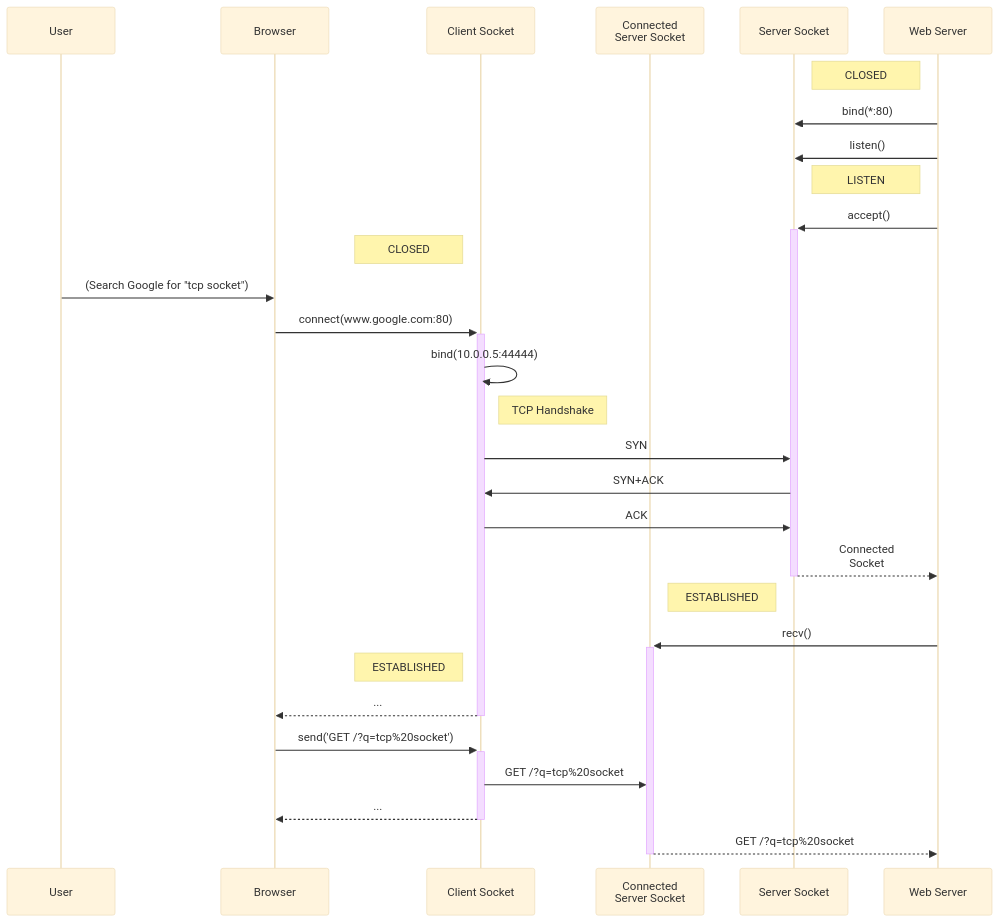
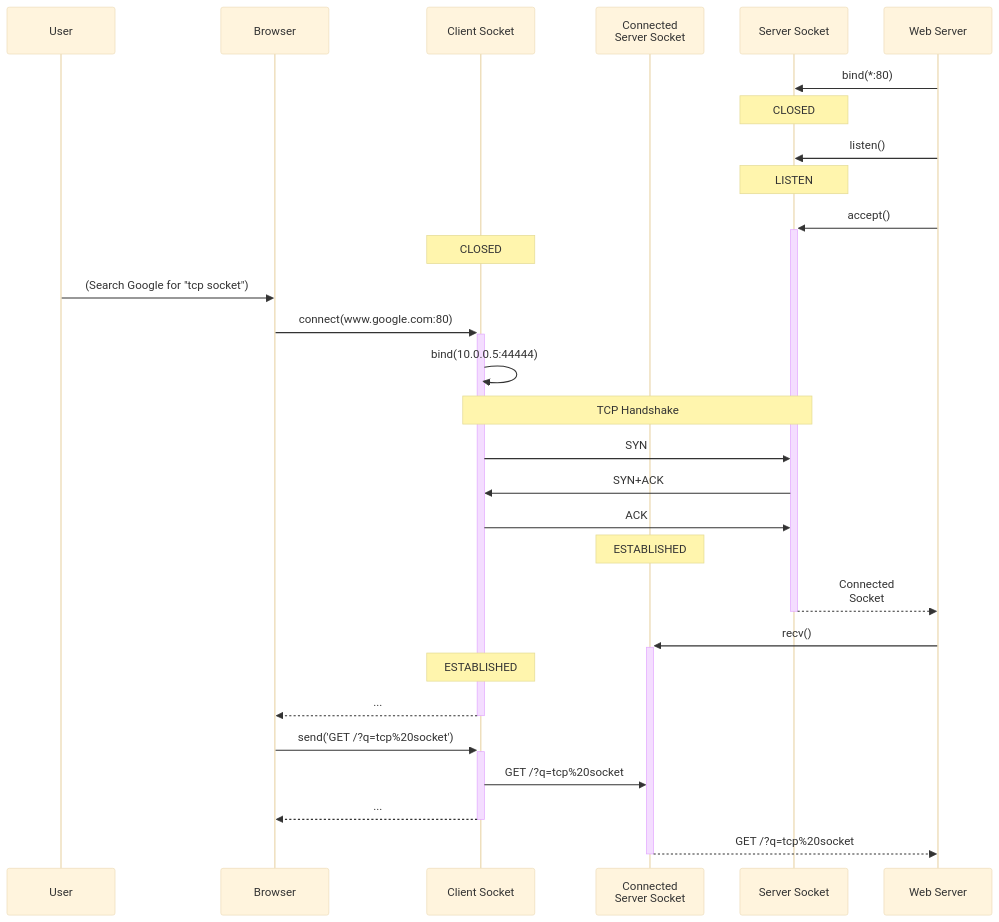
Before and after one commit to roninbar/ip-tcp-http: the fourth of 4 diagrams in README.md, drawn with Mermaid (base theme).

````diff
--- a/README.md
+++ b/README.md
@@ -247,31 +247,31 @@
 ```mermaid
 sequenceDiagram
 participant user as User
 participant client as Browser
 participant csocket as Client Socket
 participant ssocket2 as Connected <br/> Server Socket
 participant ssocket as Server Socket
 participant server as Web Server
-Note right of ssocket: CLOSED
 server->>ssocket: bind(*:80)
+Note over ssocket: CLOSED
 server->>ssocket: listen()
-Note right of ssocket: LISTEN
+Note over ssocket: LISTEN
 server->>+ssocket: accept()
-Note left of csocket: CLOSED
+Note over csocket: CLOSED
 user->>client: (Search Google for "tcp socket")
 client->>+csocket: connect(www.google.com:80)
 csocket->>csocket: bind(10.0.0.5:44444)
-Note right of csocket: TCP Handshake
+Note over csocket,ssocket: TCP Handshake
 csocket->>ssocket: SYN
 ssocket->>csocket: SYN+ACK
 csocket->>ssocket: ACK
+Note over ssocket2: ESTABLISHED
 ssocket-->>-server: Connected<br/>Socket
-Note right of ssocket2: ESTABLISHED
 server->>+ssocket2: recv()
-Note left of csocket: ESTABLISHED
+Note over csocket: ESTABLISHED
 csocket-->>-client: ...
 client->>+csocket: send('GET /?q=tcp%20socket')
 csocket->>ssocket2: GET /?q=tcp%20socket
 csocket-->>-client: ...
 ssocket2-->>-server: GET /?q=tcp%20socket
 ```
````
